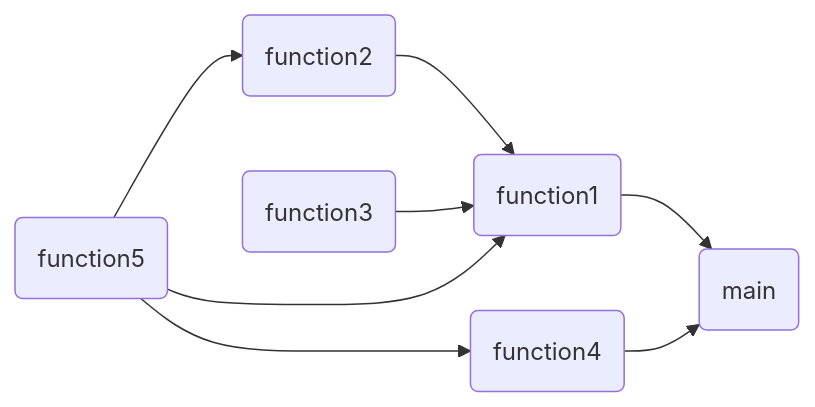
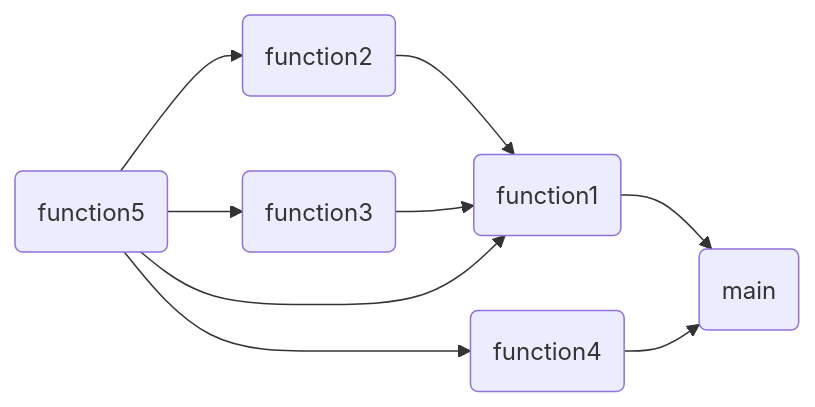
The diagram in README.md (SchardtS/ProjectTemplate), drawn with Mermaid before and after one commit.

````diff
--- a/README.md
+++ b/README.md
@@ -48,10 +48,11 @@
 ```mermaid
     graph LR
         B(function1) --> A(main)
         C(function2) --> B
         D(function3) --> B
         E(function4) --> A
         F(function5) --> B
         F --> C
+        F --> D
         F --> E
 ```
````
